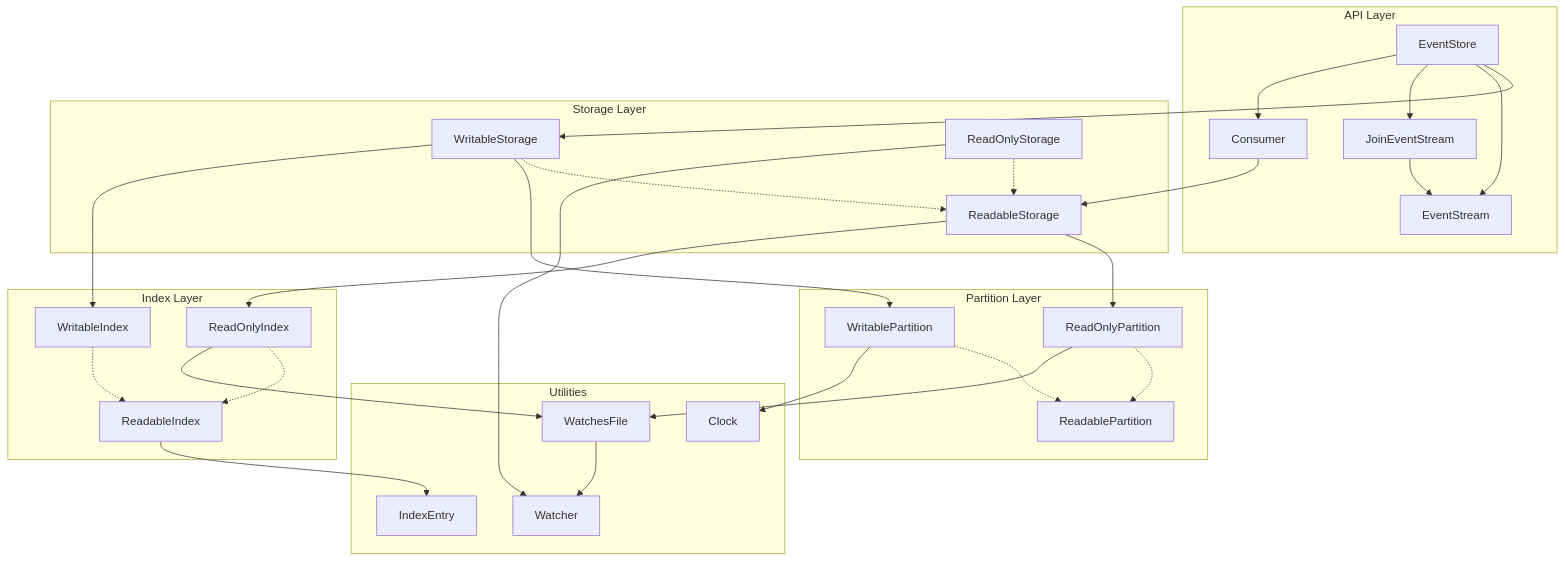
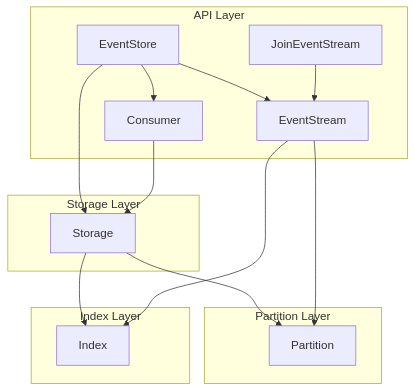
Before and after one commit to albe/node-event-storage: the diagram in docs/architecture.md, drawn with Mermaid. The commit also changed other lines of this file, not shown here.

Commit message:
docs: simplify architecture diagram to focus on layers and key relationships
Agent-Logs-Url: https://github.com/albe/node-event-storage/sessions/a97367eb-8db7-4f33-9781-3d4c6aa03014

````diff
--- a/docs/architecture.md
+++ b/docs/architecture.md
@@ -56,72 +56,36 @@
 ```mermaid
 graph TD
     subgraph api["API Layer"]
         EventStore
         EventStream
         JoinEventStream
         Consumer
     end
 
     subgraph storageLayer["Storage Layer"]
-        WritableStorage
-        ReadableStorage
-        ReadOnlyStorage
+        Storage
     end
 
     subgraph partitionLayer["Partition Layer"]
-        WritablePartition
-        ReadablePartition
-        ReadOnlyPartition
+        Partition
     end
 
     subgraph indexLayer["Index Layer"]
-        WritableIndex
-        ReadableIndex
-        ReadOnlyIndex
+        Index
     end
 
-    subgraph utilities["Utilities"]
-        Clock
-        IndexEntry
-        Watcher
-        WatchesFile
-    end
+    %% API relationships
+    EventStore --> Storage
+    EventStore --> EventStream
+    EventStore --> Consumer
+    JoinEventStream --> EventStream
+    Consumer --> Storage
 
-    %% API Layer
-    EventStore     --> WritableStorage
-    EventStore     --> EventStream
-    EventStore     --> JoinEventStream
-    EventStore     --> Consumer
-    JoinEventStream --> EventStream
-    Consumer       --> ReadableStorage
+    %% Storage coordinates Partition and Index
+    Storage --> Partition
+    Storage --> Index
 
-    %% Storage inheritance
-    WritableStorage -.-> ReadableStorage
-    ReadOnlyStorage -.-> ReadableStorage
-
-    %% Storage → Partition / Index
-    WritableStorage --> WritablePartition
-    WritableStorage --> WritableIndex
-    ReadableStorage --> ReadOnlyPartition
-    ReadableStorage --> ReadOnlyIndex
-    ReadOnlyStorage --> Watcher
-
-    %% Partition inheritance
-    WritablePartition -.-> ReadablePartition
-    ReadOnlyPartition -.-> ReadablePartition
-
-    %% Partition → utilities
-    WritablePartition --> Clock
-    ReadOnlyPartition --> WatchesFile
-
-    %% Index inheritance
-    WritableIndex -.-> ReadableIndex
-    ReadOnlyIndex -.-> ReadableIndex
-
-    %% Index → utilities
-    ReadOnlyIndex --> WatchesFile
-    ReadableIndex --> IndexEntry
-
-    %% Watcher plumbing
-    WatchesFile --> Watcher
+    %% EventStream is the bridge: resolves positions via Index, reads data from Partition
+    EventStream --> Index
+    EventStream --> Partition
 ```
````
